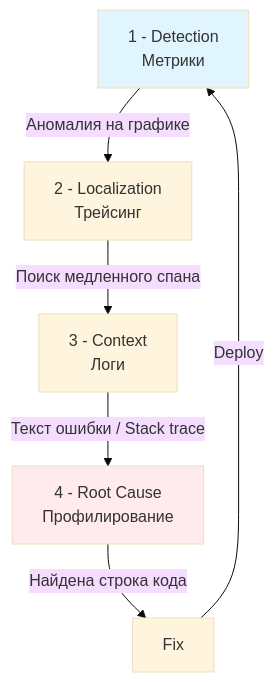
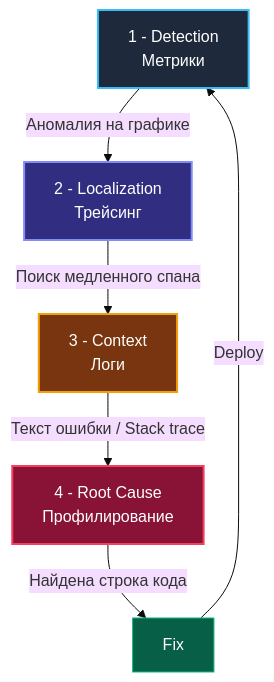
Before and after one commit to UnrealTemplier/go-textbook: the diagram in sources/18. Observability (Мониторинг и наблюдаемость)/05. Практика/2. Debugging через observability.md, drawn with Mermaid (base theme). The commit also changed other lines of this file, not shown here.

````diff
--- a/sources/18. Observability (Мониторинг и наблюдаемость)/05. Практика/2. Debugging через observability.md
+++ b/sources/18. Observability (Мониторинг и наблюдаемость)/05. Практика/2. Debugging через observability.md
@@ -11,11 +24,14 @@
 ```mermaid
 flowchart TD
     A["1 - Detection<br>Метрики"] -->|"Аномалия на графике"| B["2 - Localization<br>Трейсинг"]
     B -->|"Поиск медленного спана"| C["3 - Context<br>Логи"]
     C -->|"Текст ошибки / Stack trace"| D["4 - Root Cause<br>Профилирование"]
     D -->|"Найдена строка кода"| E["Fix"]
     E -->|"Deploy"| A
-    
-    style A fill:#e1f5fe
-    style D fill:#ffebee
+
+    style A fill:#1e293b,stroke:#38bdf8,stroke-width:2px,color:#fff
+    style B fill:#312e81,stroke:#818cf8,stroke-width:2px,color:#fff
+    style C fill:#78350f,stroke:#f59e0b,stroke-width:2px,color:#fff
+    style D fill:#881337,stroke:#f43f5e,stroke-width:2px,color:#fff
+    style E fill:#065f46,stroke:#10b981,color:#fff
 ```
````
